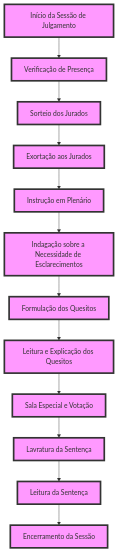
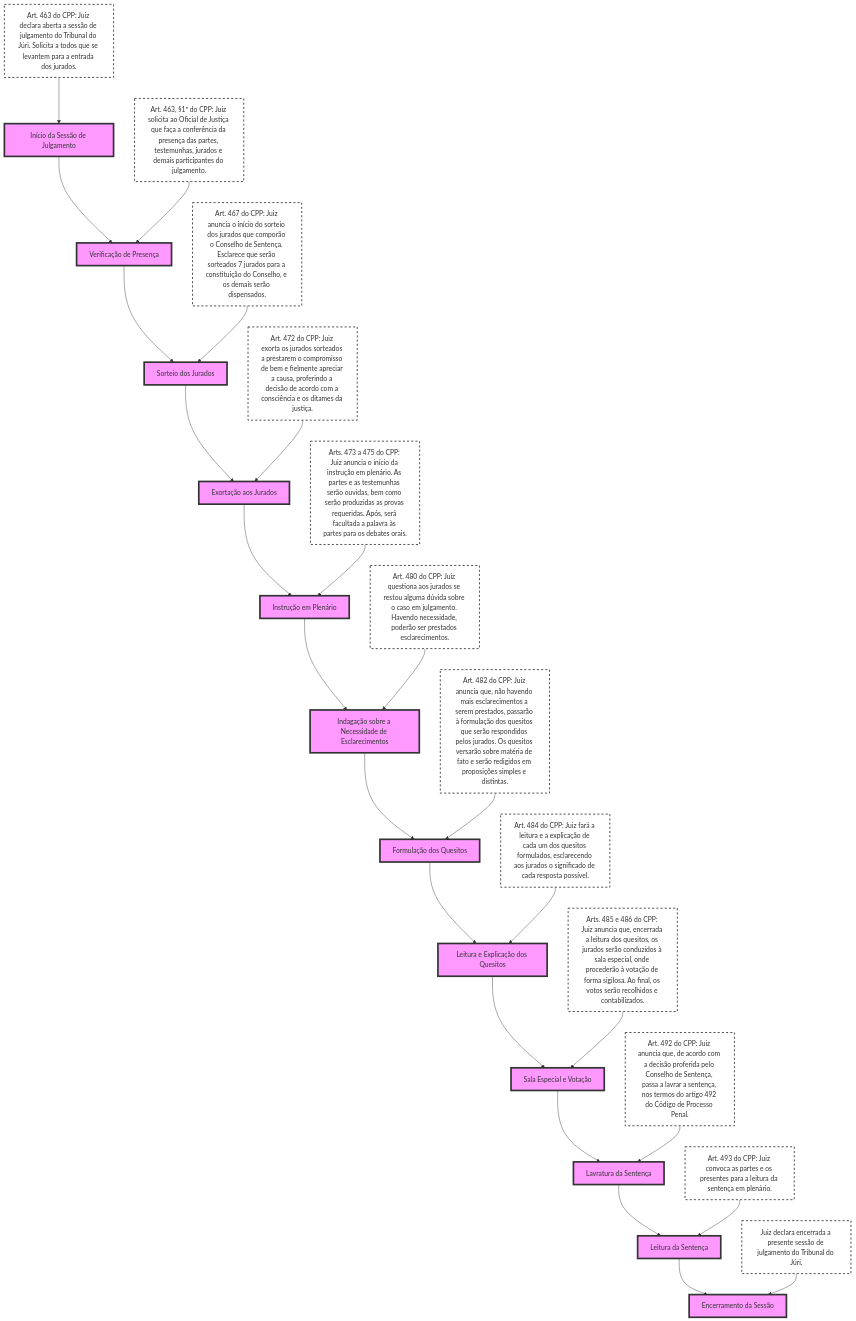
The second of 2 diagrams in _posts/2024-03-08-juri.md (marioseixas/marioseixas.github.io), drawn with Mermaid before and after one commit.

```diff
--- a/_posts/2024-03-08-juri.md
+++ b/_posts/2024-03-08-juri.md
@@ -106,30 +106,32 @@
 <div class="mermaid">
 graph TB
     A[Início da Sessão de Julgamento]:::judge --> B[Verificação de Presença]:::judge
     B --> C[Sorteio dos Jurados]:::judge
     C --> D[Exortação aos Jurados]:::judge
     D --> E[Instrução em Plenário]:::judge
     E --> F[Indagação sobre a Necessidade de Esclarecimentos]:::judge
     F --> G[Formulação dos Quesitos]:::judge
     G --> H[Leitura e Explicação dos Quesitos]:::judge
     H --> I[Sala Especial e Votação]:::judge
     I --> J[Lavratura da Sentença]:::judge
     J --> K[Leitura da Sentença]:::judge
     K --> L[Encerramento da Sessão]:::judge
     
     classDef judge fill:#f9f,stroke:#333,stroke-width:4px
     
-    %% Additional descriptive texts for each step, using tooltips
-    click A callback "**Art. 463 do CPP**<br>Juiz: Declaro aberta a sessão de julgamento do Tribunal do Júri. Solicito a todos que se levantem para a entrada dos jurados."
-    click B callback "**Art. 463, §1º do CPP**<br>Juiz: Solicito ao Senhor Oficial de Justiça que faça a conferência da presença das partes, testemunhas, jurados e demais participantes do julgamento."
-    click C callback "**Art. 467 do CPP**<br>Juiz: Daremos início ao sorteio dos senhores jurados que comporão o Conselho de Sentença. Esclareço que serão sorteados 7 jurados para a constituição do Conselho, e os demais serão dispensados."
-    click D callback "**Art. 472 do CPP**<br>Juiz: Jurados sorteados, vocês prestarão o compromisso de bem e fielmente apreciar a causa, proferindo a vossa decisão de acordo com vossa consciência e os ditames da justiça."
-    click E callback "**Arts. 473 a 475 do CPP**<br>Juiz: Passaremos agora à instrução em plenário. As partes e as testemunhas serão ouvidas, bem como serão produzidas as provas requeridas. Após, será facultada a palavra às partes para os debates orais."
-    click F callback "**Art. 480 do CPP**<br>Juiz: Questiono aos senhores jurados se restou alguma dúvida sobre o caso em julgamento. Havendo necessidade, poderão ser prestados esclarecimentos."
-    click G callback "**Art. 482 do CPP**<br>Juiz: Não havendo mais esclarecimentos a serem prestados, passaremos à formulação dos quesitos que serão respondidos pelos senhores jurados. Os quesitos versarão sobre matéria de fato e serão redigidos em proposições simples e distintas."
-    click H callback "**Art. 484 do CPP**<br>Juiz: Farei a leitura e a explicação de cada um dos quesitos formulados, esclarecendo aos jurados o significado de cada resposta possível."
-    click I callback "**Arts. 485 e 486 do CPP**<br>Juiz: Encerrada a leitura dos quesitos, os jurados serão conduzidos à sala especial, onde procederão à votação de forma sigilosa. Ao final, os votos serão recolhidos e contabilizados."
-    click J callback "**Art. 492 do CPP**<br>Juiz: De acordo com a decisão proferida pelo Conselho de Sentença, passo a lavrar a sentença, nos termos do artigo 492 do Código de Processo Penal."
-    click K callback "**Art. 493 do CPP**<br>Juiz: Convoco as partes e os presentes para a leitura da sentença em plenário."
-    click L callback "Juiz: Não havendo mais nada a tratar, declaro encerrada a presente sessão de julgamento do Tribunal do Júri."
+    %% Descriptive Texts as Nodes
+    A1["Art. 463 do CPP: Juiz declara aberta a sessão de julgamento do Tribunal do Júri. Solicita a todos que se levantem para a entrada dos jurados."]:::note --> A
+    B1["Art. 463, §1º do CPP: Juiz solicita ao Oficial de Justiça que faça a conferência da presença das partes, testemunhas, jurados e demais participantes do julgamento."]:::note --> B
+    C1["Art. 467 do CPP: Juiz anuncia o início do sorteio dos jurados que comporão o Conselho de Sentença. Esclarece que serão sorteados 7 jurados para a constituição do Conselho, e os demais serão dispensados."]:::note --> C
+    D1["Art. 472 do CPP: Juiz exorta os jurados sorteados a prestarem o compromisso de bem e fielmente apreciar a causa, proferindo a decisão de acordo com a consciência e os ditames da justiça."]:::note --> D
+    E1["Arts. 473 a 475 do CPP: Juiz anuncia o início da instrução em plenário. As partes e as testemunhas serão ouvidas, bem como serão produzidas as provas requeridas. Após, será facultada a palavra às partes para os debates orais."]:::note --> E
+    F1["Art. 480 do CPP: Juiz questiona aos jurados se restou alguma dúvida sobre o caso em julgamento. Havendo necessidade, poderão ser prestados esclarecimentos."]:::note --> F
+    G1["Art. 482 do CPP: Juiz anuncia que, não havendo mais esclarecimentos a serem prestados, passarão à formulação dos quesitos que serão respondidos pelos jurados. Os quesitos versarão sobre matéria de fato e serão redigidos em proposições simples e distintas."]:::note --> G
+    H1["Art. 484 do CPP: Juiz fará a leitura e a explicação de cada um dos quesitos formulados, esclarecendo aos jurados o significado de cada resposta possível."]:::note --> H
+    I1["Arts. 485 e 486 do CPP: Juiz anuncia que, encerrada a leitura dos quesitos, os jurados serão conduzidos à sala especial, onde procederão à votação de forma sigilosa. Ao final, os votos serão recolhidos e contabilizados."]:::note --> I
+    J1["Art. 492 do CPP: Juiz anuncia que, de acordo com a decisão proferida pelo Conselho de Sentença, passa a lavrar a sentença, nos termos do artigo 492 do Código de Processo Penal."]:::note --> J
+    K1["Art. 493 do CPP: Juiz convoca as partes e os presentes para a leitura da sentença em plenário."]:::note --> K
+    L1["Juiz declara encerrada a presente sessão de julgamento do Tribunal do Júri."]:::note --> L
+    
+    classDef note fill:#fff,stroke:#333,stroke-width:2px,stroke-dasharray: 5 5
 </div>
```
